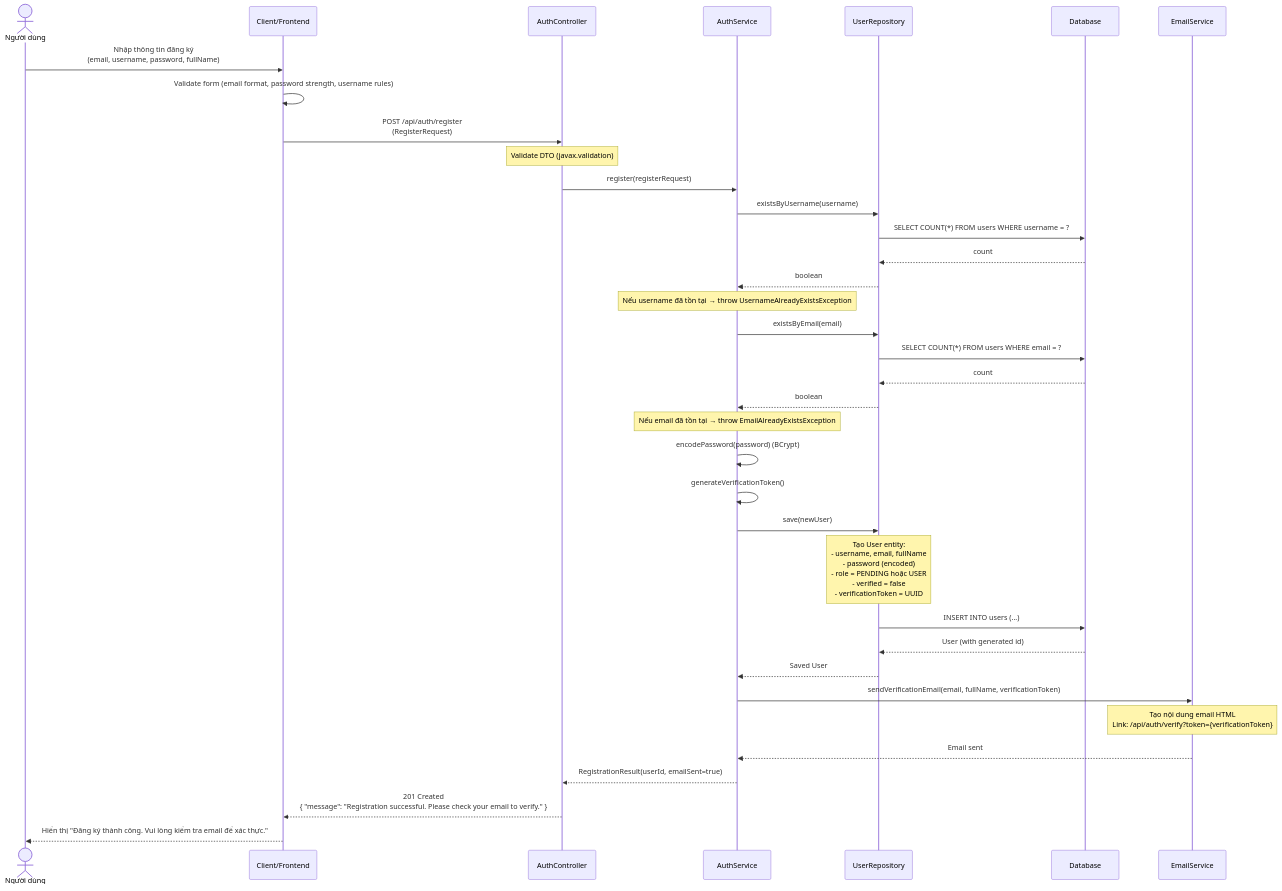
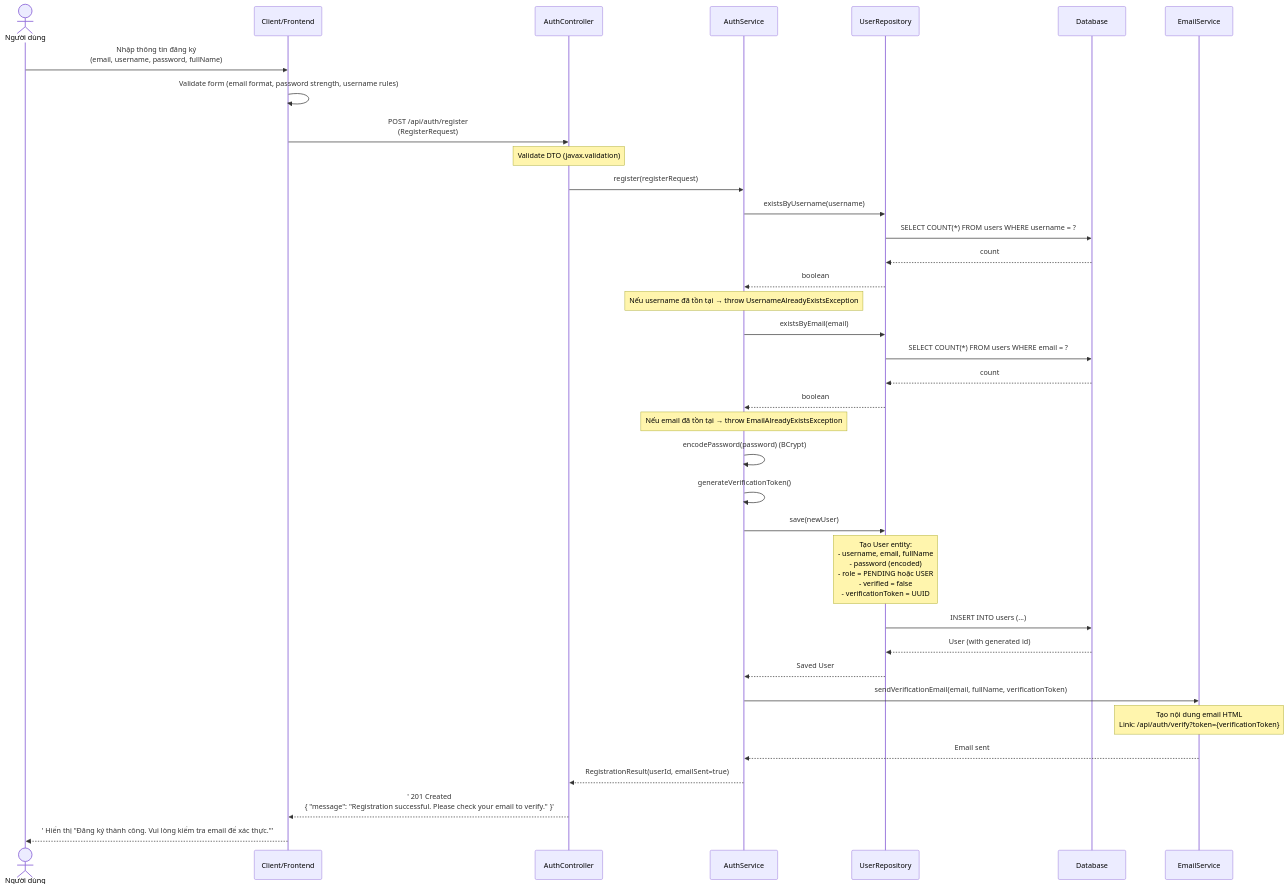
One commit to mchien04/CampusLife changed the fourth of 7 diagrams in docs/sequence-diagramV2/sequence-diagram-auth.md. Above: the diagram before and after it, drawn with Mermaid. The commit also changed other lines of this file and 18 other files, not shown here.

First line of the commit message:
fix(sequence-diagramV2): fix Mermaid parse errors

````diff
--- a/docs/sequence-diagramV2/sequence-diagram-auth.md
+++ b/docs/sequence-diagramV2/sequence-diagram-auth.md
@@ -118,45 +118,45 @@
 ```mermaid
 sequenceDiagram
     actor User as Người dùng
     participant Client as Client/Frontend
     participant AuthController as AuthController
     participant AuthService as AuthService
     participant UserRepository as UserRepository
     participant Database as Database
     participant EmailService as EmailService
 
     User->>Client: Nhập thông tin đăng ký<br/>(email, username, password, fullName)
     Client->>Client: Validate form (email format, password strength, username rules)
     Client->>AuthController: POST /api/auth/register<br/>(RegisterRequest)
     Note over AuthController: Validate DTO (javax.validation)
     AuthController->>AuthService: register(registerRequest)
     
     AuthService->>UserRepository: existsByUsername(username)
     UserRepository->>Database: SELECT COUNT(*) FROM users WHERE username = ?
     Database-->>UserRepository: count
     UserRepository-->>AuthService: boolean
     Note over AuthService: Nếu username đã tồn tại → throw UsernameAlreadyExistsException
     
     AuthService->>UserRepository: existsByEmail(email)
     UserRepository->>Database: SELECT COUNT(*) FROM users WHERE email = ?
     Database-->>UserRepository: count
     UserRepository-->>AuthService: boolean
     Note over AuthService: Nếu email đã tồn tại → throw EmailAlreadyExistsException
     
     AuthService->>AuthService: encodePassword(password) (BCrypt)
     AuthService->>AuthService: generateVerificationToken()
     
     AuthService->>UserRepository: save(newUser)
     Note over UserRepository: Tạo User entity:<br/>- username, email, fullName<br/>- password (encoded)<br/>- role = PENDING hoặc USER<br/>- verified = false<br/>- verificationToken = UUID
     UserRepository->>Database: INSERT INTO users (...)
     Database-->>UserRepository: User (with generated id)
     UserRepository-->>AuthService: Saved User
     
     AuthService->>EmailService: sendVerificationEmail(email, fullName, verificationToken)
     Note over EmailService: Tạo nội dung email HTML<br/>Link: /api/auth/verify?token={verificationToken}
     EmailService-->>AuthService: Email sent
     AuthService-->>AuthController: RegistrationResult(userId, emailSent=true)
     
-    AuthController-->>Client: 201 Created<br/>{ "message": "Registration successful. Please check your email to verify." }
-    Client-->>User: Hiển thị "Đăng ký thành công. Vui lòng kiểm tra email để xác thực."
+    AuthController-->>Client:' 201 Created<br/>{ "message": "Registration successful. Please check your email to verify." }'
+    Client-->>User:' Hiển thị "Đăng ký thành công. Vui lòng kiểm tra email để xác thực."'
 ```
````
